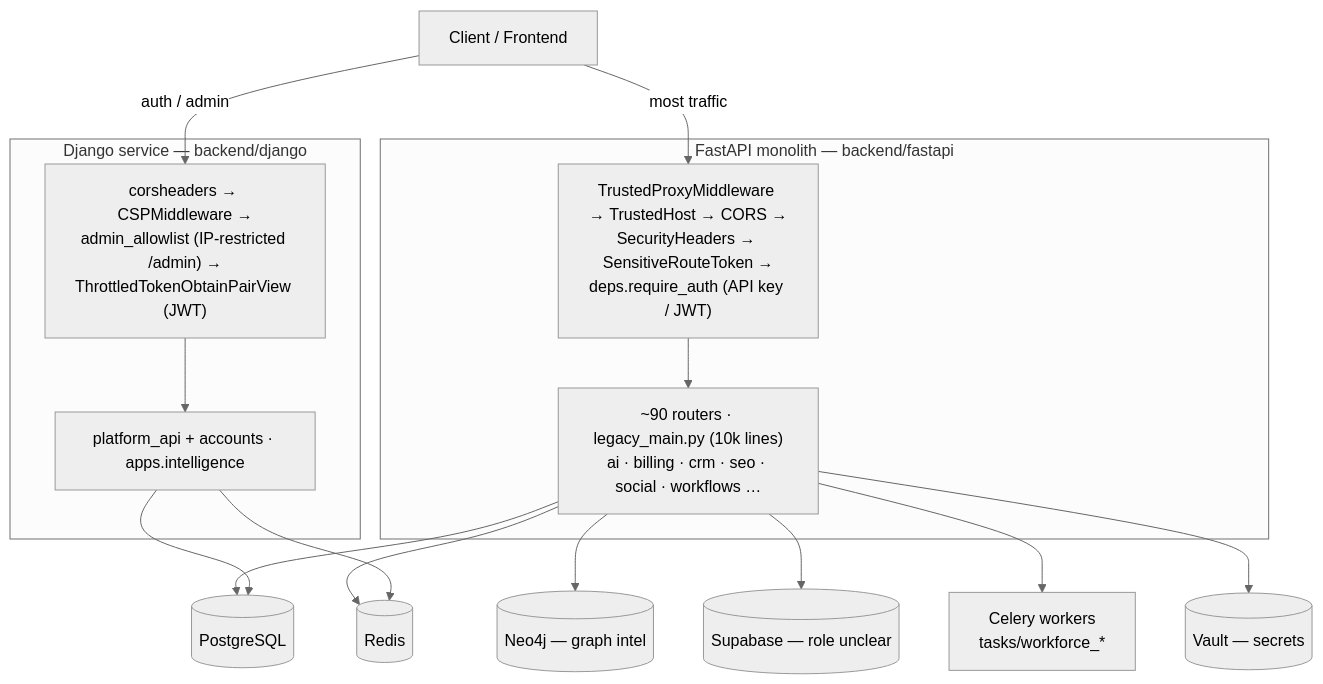
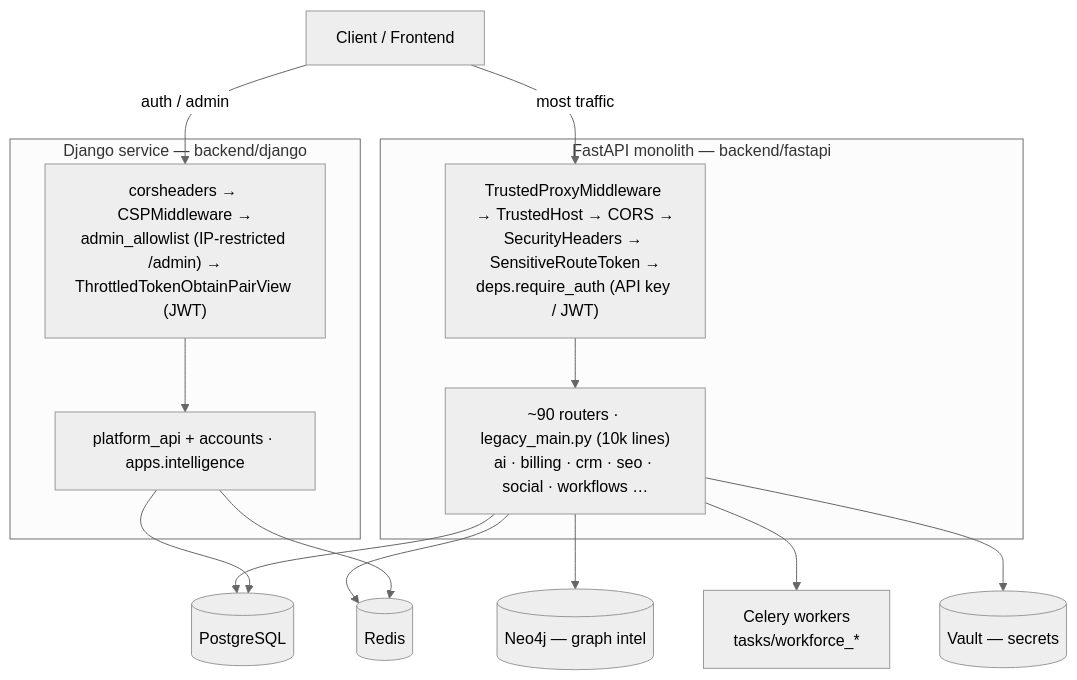
Before and after one commit to emperor1234/nuxtron: the first of 2 diagrams in backend/BACKEND_LLD.md, drawn with Mermaid (neutral theme). The commit also changed other lines of this file and 1357 other files, not shown here.

````diff
--- a/backend/BACKEND_LLD.md
+++ b/backend/BACKEND_LLD.md
@@ -17,29 +17,28 @@
 ```mermaid
 flowchart TB
     client["Client / Frontend"]
 
     client -->|"most traffic"| fastapi_mw
     client -->|"auth / admin"| django_mw
 
     subgraph fastapi["FastAPI monolith — backend/fastapi"]
         fastapi_mw["TrustedProxyMiddleware → TrustedHost → CORS →\nSecurityHeaders → SensitiveRouteToken →\ndeps.require_auth (API key / JWT)"]
         fastapi_routes["~90 routers · legacy_main.py (10k lines)\nai · billing · crm · seo · social · workflows …"]
         fastapi_mw --> fastapi_routes
     end
 
     subgraph django["Django service — backend/django"]
         django_mw["corsheaders → CSPMiddleware →\nadmin_allowlist (IP-restricted /admin) →\nThrottledTokenObtainPairView (JWT)"]
         django_routes["platform_api + accounts · apps.intelligence"]
         django_mw --> django_routes
     end
 
     fastapi_routes --> pg[("PostgreSQL")]
     fastapi_routes --> redis[("Redis")]
     fastapi_routes --> neo4j[("Neo4j — graph intel")]
-    fastapi_routes --> supabase[("Supabase — role unclear")]
     fastapi_routes --> celery["Celery workers\ntasks/workforce_*"]
     fastapi_routes --> vault[("Vault — secrets")]
 
     django_routes --> pg
     django_routes --> redis
 ```
````
